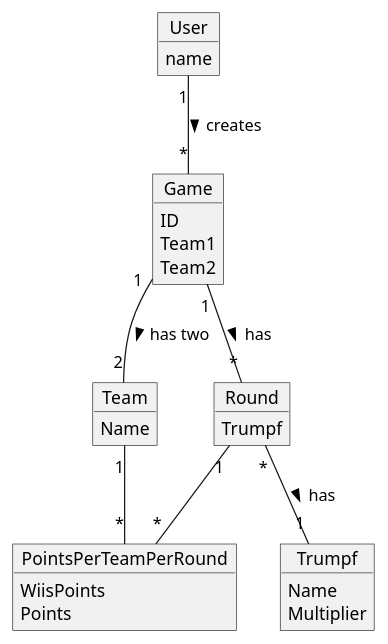
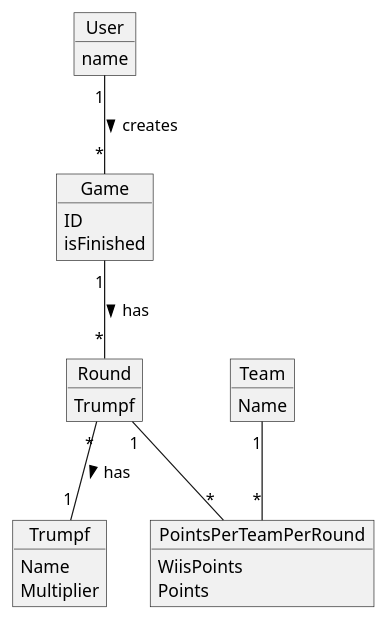
One commit to moschi/VSS_CT changed the diagram in erd.plantuml. Above: the diagram before and after it, drawn with PlantUML.

Commit message:
added isFinished flag

```diff
--- a/erd.plantuml
+++ b/erd.plantuml
@@ -1,38 +1,36 @@
 @startuml ERD
 
 object User {
     name
 }
 
 object Game {
     ID
-    Team1
-    Team2
+    isFinished
 }
 
 object Team {
     Name
 }
 
 object Round {
     Trumpf
 }
 
 object PointsPerTeamPerRound {
     WiisPoints
     Points
 }
 
 object Trumpf {
     Name
     Multiplier
 }
 
 User "1" -- "*" Game : creates >
 Game "1" -- "*" Round : has >
-Game "1" -- "2" Team : has two >
 Round "*" -- "1" Trumpf : has >
 Round "1" -- "*" PointsPerTeamPerRound
 Team "1" -- "*" PointsPerTeamPerRound
 
 @enduml
```
